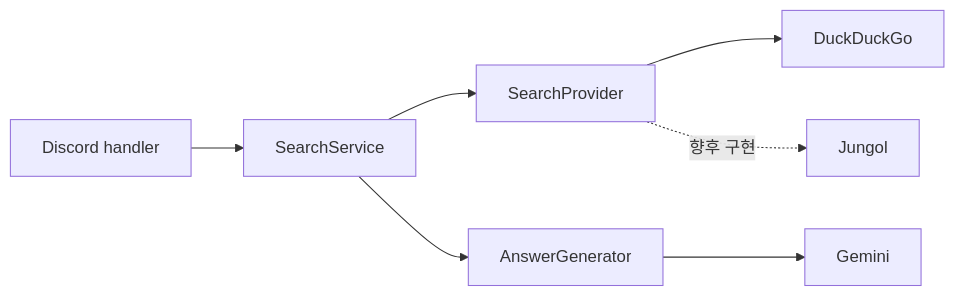
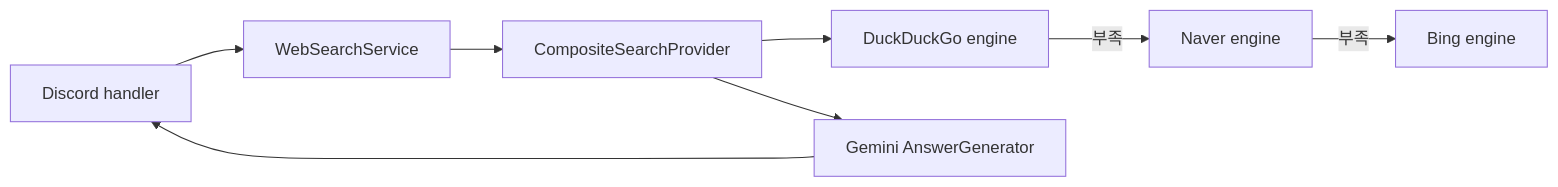
One commit to ymkzz123/discord-bot-boodae changed the diagram in docs/ARCHITECTURE.md. Above: the diagram before and after it, drawn with Mermaid. The commit also changed other lines of this file and 20 other files, not shown here.

Commit message:
refactor: rebuild web search as a resilient engine pipeline

````diff
--- a/docs/ARCHITECTURE.md
+++ b/docs/ARCHITECTURE.md
@@ -19,9 +17,10 @@
 ```mermaid
 flowchart LR
-    D[Discord handler] --> S[SearchService]
-    S --> P[SearchProvider]
-    S --> A[AnswerGenerator]
-    P --> W[DuckDuckGo]
-    P -. 향후 구현 .-> J[Jungol]
-    A --> G[Gemini]
+    D[Discord handler] --> S[WebSearchService]
+    S --> C[CompositeSearchProvider]
+    C --> DDG[DuckDuckGo engine]
+    DDG -->|부족| N[Naver engine]
+    N -->|부족| B[Bing engine]
+    C --> G[Gemini AnswerGenerator]
+    G --> D
 ```
````
